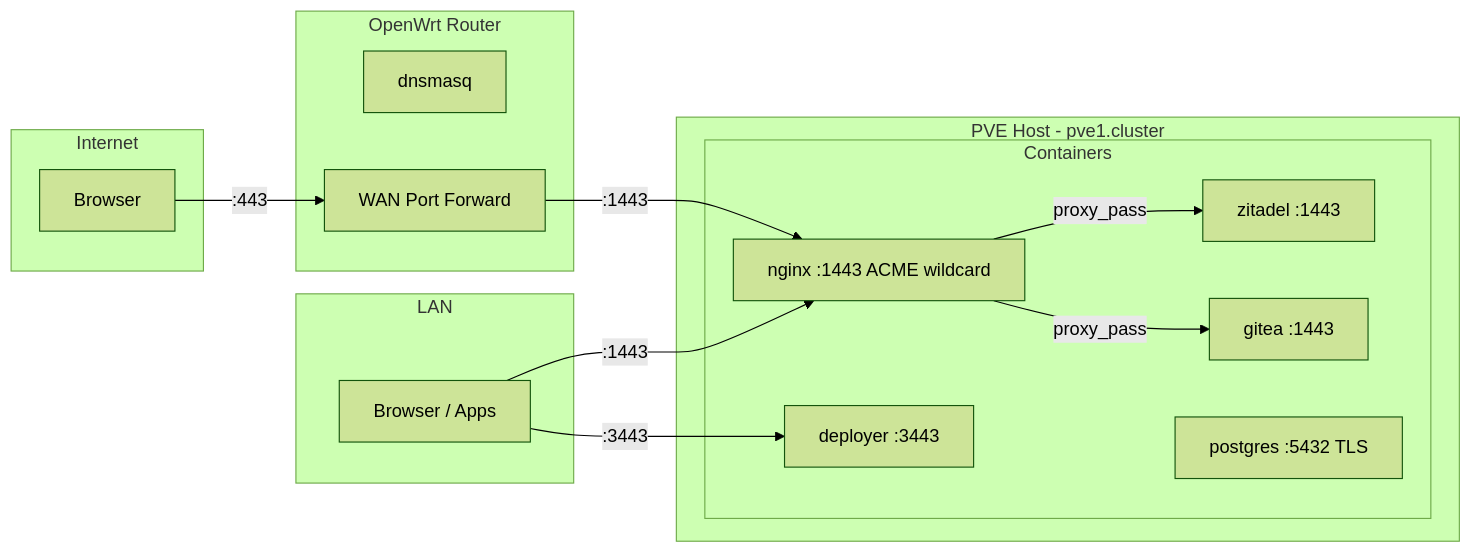
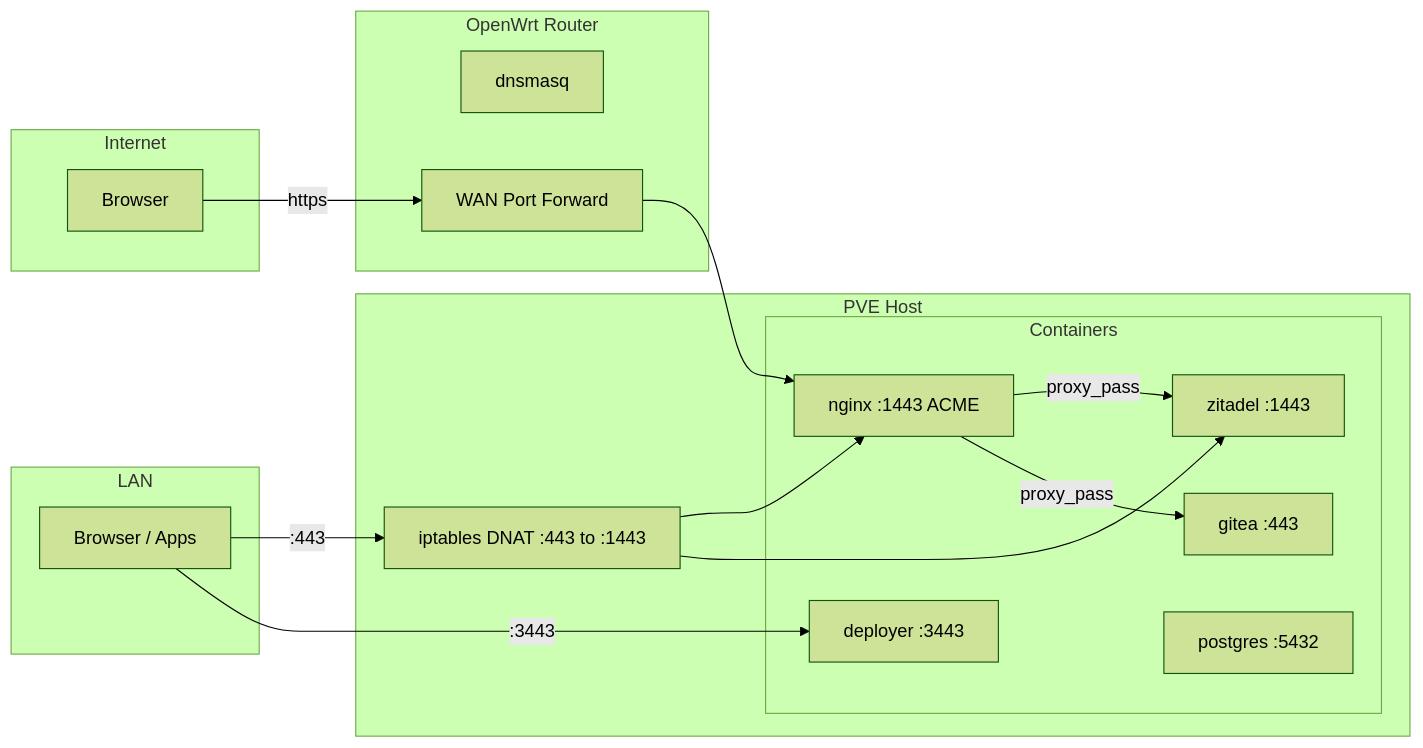
The second of 4 diagrams in production/INFRASTRUCTURE.md (proxvex/proxvex), drawn with Mermaid (forest theme) before and after one commit. The commit also changed other lines of this file and 2 other files, not shown here.

````diff
--- a/production/INFRASTRUCTURE.md
+++ b/production/INFRASTRUCTURE.md
@@ -39,33 +39,37 @@
 ```mermaid
 graph LR
     subgraph WAN["Internet"]
         browser_wan["Browser"]
     end
 
     subgraph Router["OpenWrt Router"]
         dns[dnsmasq]
         wan_fwd[WAN Port Forward]
     end
 
-    subgraph PVE["PVE Host - pve1.cluster"]
+    subgraph PVE["PVE Host"]
+        dnat[iptables DNAT :443 to :1443]
+
         subgraph Containers
-            nginx_c[nginx :1443 ACME wildcard]
+            nginx_c[nginx :1443 ACME]
             zitadel_c[zitadel :1443]
-            gitea_c[gitea :1443]
+            gitea_c[gitea :443]
             deployer_c[deployer :3443]
-            postgres_c[postgres :5432 TLS]
+            postgres_c[postgres :5432]
         end
     end
 
     subgraph LAN["LAN"]
         browser_lan["Browser / Apps"]
     end
 
-    browser_wan -->|":443"| wan_fwd
-    wan_fwd -->|":1443"| nginx_c
+    browser_wan -->|https| wan_fwd
+    wan_fwd --> nginx_c
     nginx_c -->|proxy_pass| zitadel_c
     nginx_c -->|proxy_pass| gitea_c
 
-    browser_lan -->|":1443"| nginx_c
+    browser_lan -->|":443"| dnat
+    dnat --> nginx_c
+    dnat --> zitadel_c
     browser_lan -->|":3443"| deployer_c
 ```
````
